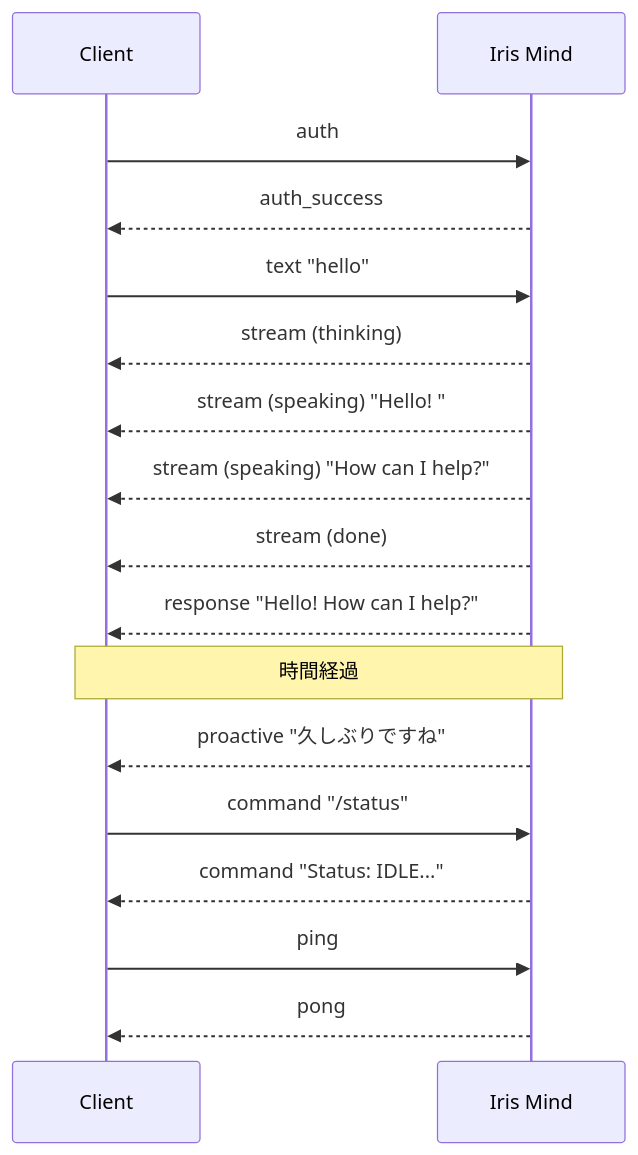
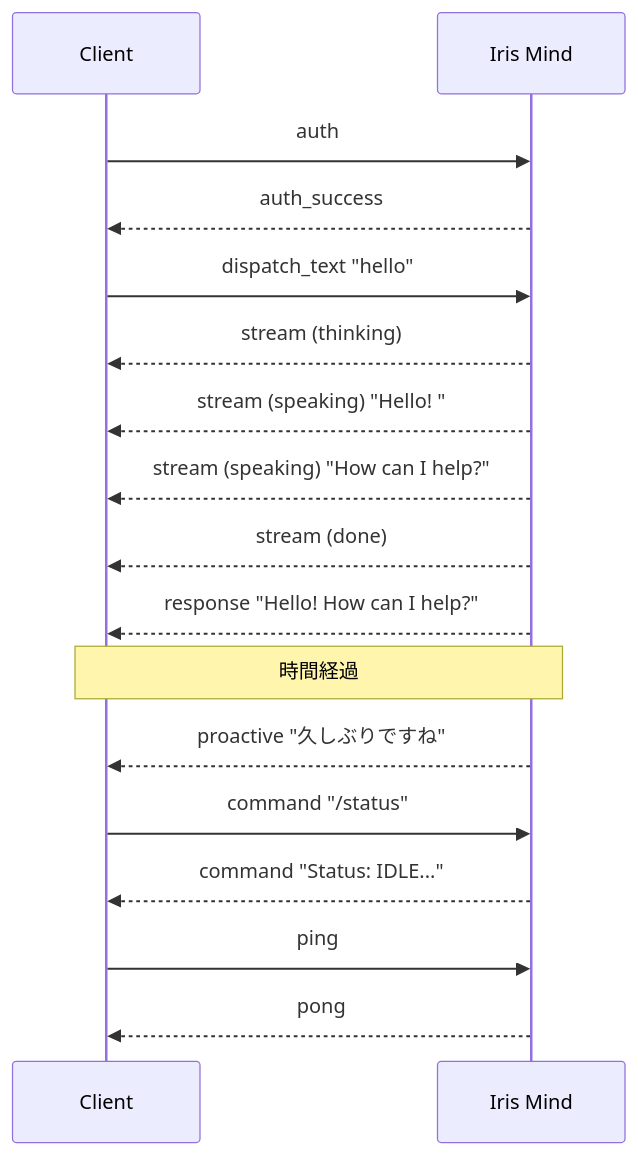
Before and after one commit to ibukani/iris-mind: the first of 2 diagrams in docs/client-guide.md, drawn with Mermaid. The commit also changed other lines of this file and 13 other files, not shown here.

````diff
--- a/docs/client-guide.md
+++ b/docs/client-guide.md
@@ -13,24 +13,24 @@
 ```mermaid
 sequenceDiagram
     participant C as Client
     participant K as Iris Mind
 
     C->>K: auth
     K-->>C: auth_success
 
-    C->>K: text "hello"
+    C->>K: dispatch_text "hello"
     K-->>C: stream (thinking)
     K-->>C: stream (speaking) "Hello! "
     K-->>C: stream (speaking) "How can I help?"
     K-->>C: stream (done)
     K-->>C: response "Hello! How can I help?"
 
     Note over C,K: 時間経過
 
     K-->>C: proactive "久しぶりですね"
 
     C->>K: command "/status"
     K-->>C: command "Status: IDLE..."
     C->>K: ping
     K-->>C: pong
 ```
````
